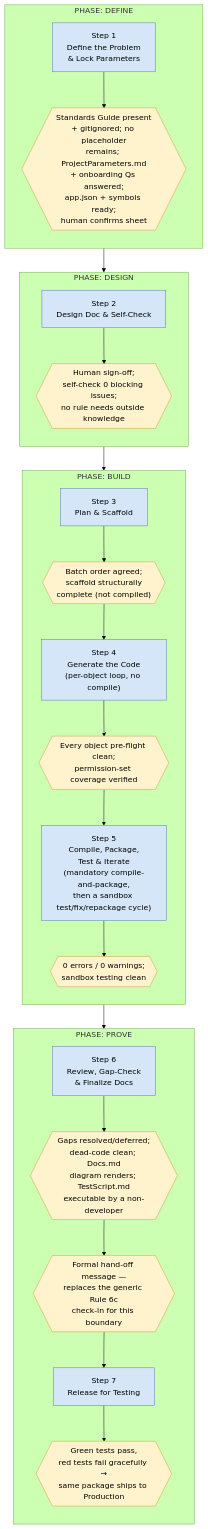
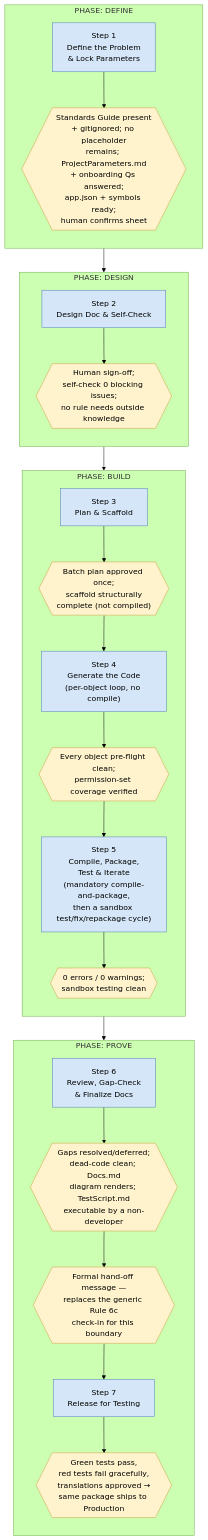
Before and after one commit to ajansari/ocpfBcAgenticDevFramework: the second of 7 diagrams in liteVersion/LITE_RunbookSchematics.md, drawn with Mermaid (forest theme). The commit also changed other lines of this file and 21 other files, not shown here.

````diff
--- a/liteVersion/LITE_RunbookSchematics.md
+++ b/liteVersion/LITE_RunbookSchematics.md
@@ -71,38 +71,38 @@
 ```mermaid
 flowchart TD
     subgraph DEFINE["PHASE: DEFINE"]
         direction TB
         S1["Step 1<br/>Define the Problem<br/>& Lock Parameters"] --> G_S1{{"Standards Guide present<br/>+ gitignored; no placeholder<br/>remains; ProjectParameters.md<br/>+ onboarding Qs answered;<br/>app.json + symbols ready;<br/>human confirms sheet"}}
     end
 
     subgraph DESIGN["PHASE: DESIGN"]
         direction TB
         S2["Step 2<br/>Design Doc & Self-Check"] --> G_S2{{"Human sign-off;<br/>self-check 0 blocking issues;<br/>no rule needs outside knowledge"}}
     end
 
     subgraph BUILD["PHASE: BUILD"]
         direction TB
-        S3["Step 3<br/>Plan & Scaffold"] --> G_S3{{"Batch order agreed;<br/>scaffold structurally<br/>complete (not compiled)"}}
+        S3["Step 3<br/>Plan & Scaffold"] --> G_S3{{"Batch plan approved once;<br/>scaffold structurally<br/>complete (not compiled)"}}
         G_S3 --> S4["Step 4<br/>Generate the Code<br/>(per-object loop, no compile)"]
         S4 --> G_S4{{"Every object pre-flight clean;<br/>permission-set coverage verified"}}
         G_S4 --> S5["Step 5<br/>Compile, Package,<br/>Test & Iterate<br/>(mandatory compile-and-package,<br/>then a sandbox test/fix/repackage cycle)"]
         S5 --> G_S5{{"0 errors / 0 warnings;<br/>sandbox testing clean"}}
     end
 
     subgraph PROVE["PHASE: PROVE"]
         direction TB
         S6["Step 6<br/>Review, Gap-Check<br/>& Finalize Docs"] --> G_S6{{"Gaps resolved/deferred;<br/>dead-code clean; Docs.md<br/>diagram renders; TestScript.md<br/>executable by a non-developer"}}
         G_S6 --> HandOff{{"Formal hand-off message —<br/>replaces the generic Rule 6c<br/>check-in for this boundary"}}
         HandOff --> S7["Step 7<br/>Release for Testing"]
-        S7 --> G_S7{{"Green tests pass,<br/>red tests fail gracefully →<br/>same package ships to Production"}}
+        S7 --> G_S7{{"Green tests pass,<br/>red tests fail gracefully,<br/>translations approved →<br/>same package ships to Production"}}
     end
 
     G_S1 --> S2
     G_S2 --> S3
     G_S5 --> S6
 
     classDef step fill:#d4e6f7,stroke:#4a7ab5,stroke-width:1px;
     classDef gate fill:#fff3cd,stroke:#c99a3a,stroke-width:1px;
     class S1,S2,S3,S4,S5,S6,S7 step;
     class G_S1,G_S2,G_S3,G_S4,G_S5,G_S6,G_S7,HandOff gate;
 ```
````
